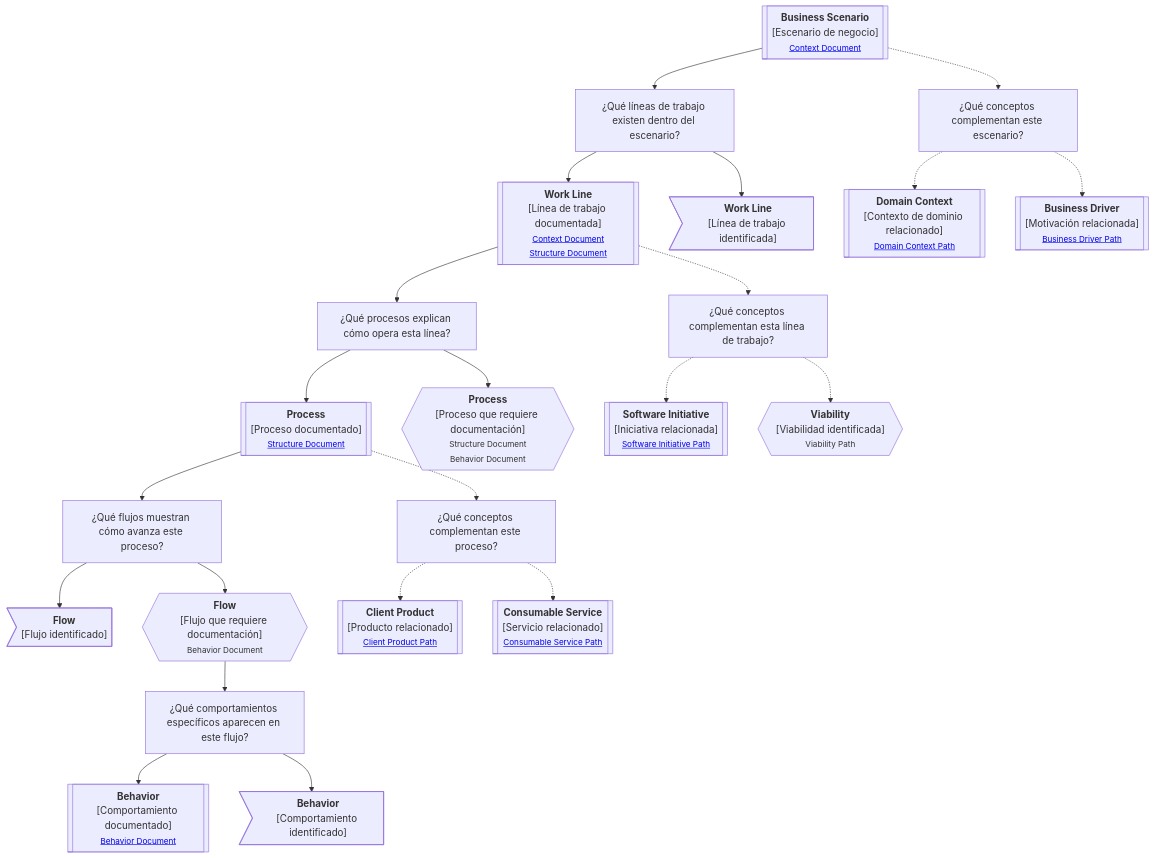
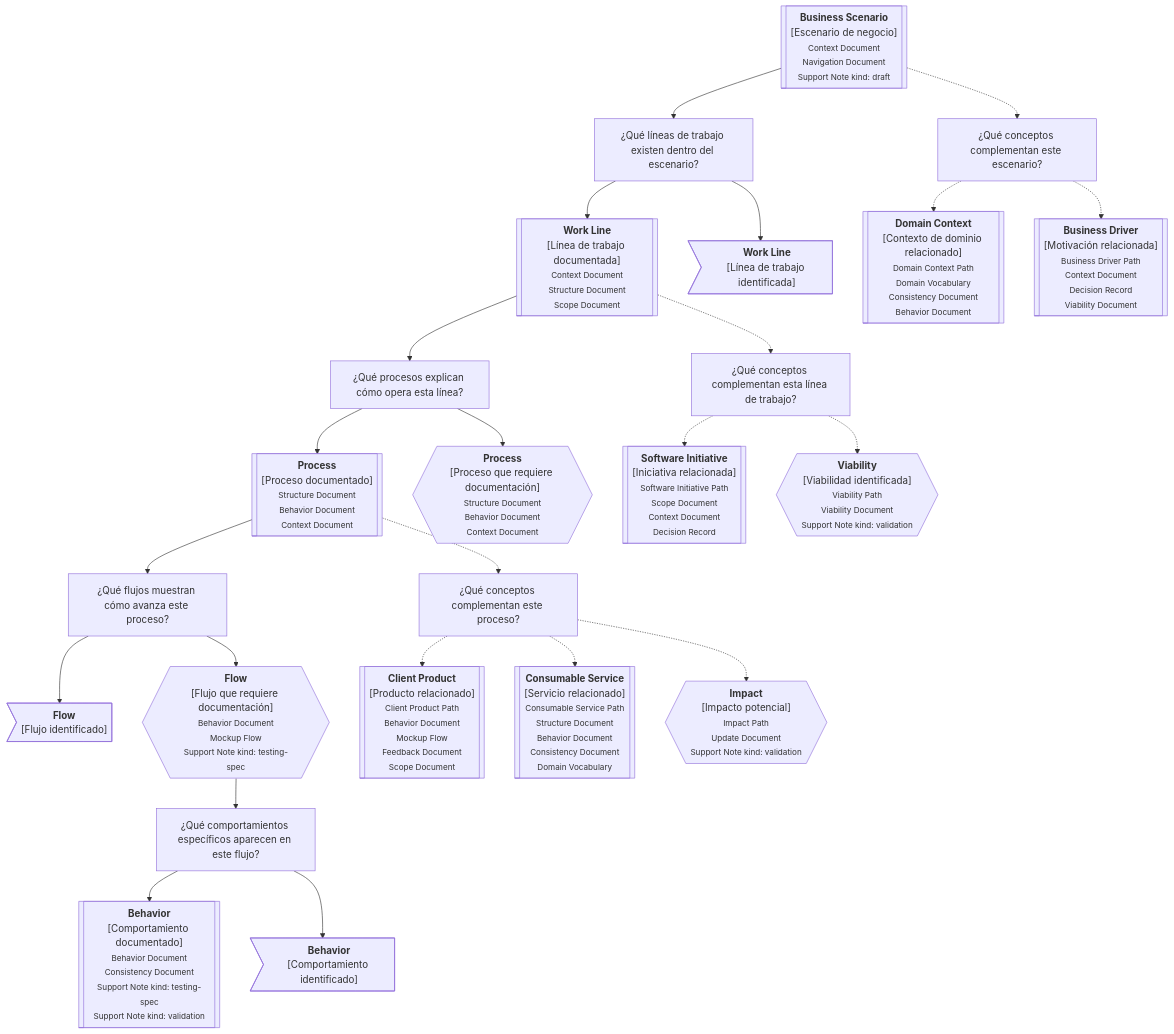
One commit to vslices/docs changed the diagram in docs/es/alive-lab/research/notes/docs-standard/artifacts/continuity-paths/core/business-scenario.md. Above: the diagram before and after it, drawn with Mermaid. The commit also changed 18 other files, not shown here.

````diff
--- a/docs/es/alive-lab/research/notes/docs-standard/artifacts/continuity-paths/core/business-scenario.md
+++ b/docs/es/alive-lab/research/notes/docs-standard/artifacts/continuity-paths/core/business-scenario.md
@@ -35,61 +35,62 @@
 ```mermaid
 flowchart TD
-    CR[["<b>Business Scenario</b><br/>[Escenario de negocio]<br/><small><a href='link'>Context Document</a></small>"]]
+    CR[["<b>Business Scenario</b><br/>[Escenario de negocio]<br/><small>Context Document<br/>Navigation Document<br/>Support Note kind: draft</small>"]]
 
     P1["¿Qué líneas de trabajo existen dentro del escenario?"]
     P2["¿Qué conceptos complementan este escenario?"]
 
     CR --> P1
     CR -.-> P2
 
-    WL1[["<b>Work Line</b><br/>[Línea de trabajo documentada]<br/><small><a href='link'>Context Document</a><br/><a href='link'>Structure Document</a></small>"]]
+    WL1[["<b>Work Line</b><br/>[Línea de trabajo documentada]<br/><small>Context Document<br/>Structure Document<br/>Scope Document</small>"]]
     WL2>"<b>Work Line</b><br/>[Línea de trabajo identificada]"]
 
     P1 --> WL1 & WL2
 
-    CO1[["<b>Domain Context</b><br/>[Contexto de dominio relacionado]<br/><small><a href='link'>Domain Context Path</a></small>"]]
-    CO2[["<b>Business Driver</b><br/>[Motivación relacionada]<br/><small><a href='link'>Business Driver Path</a></small>"]]
+    CO1[["<b>Domain Context</b><br/>[Contexto de dominio relacionado]<br/><small>Domain Context Path<br/>Domain Vocabulary<br/>Consistency Document<br/>Behavior Document</small>"]]
+    CO2[["<b>Business Driver</b><br/>[Motivación relacionada]<br/><small>Business Driver Path<br/>Context Document<br/>Decision Record<br/>Viability Document</small>"]]
 
     P2 -.-> CO1 & CO2
 
     P3["¿Qué procesos explican cómo opera esta línea?"]
     P4["¿Qué conceptos complementan esta línea de trabajo?"]
 
     WL1 --> P3
     WL1 -.-> P4
 
-    PR1[["<b>Process</b><br/>[Proceso documentado]<br/><small><a href='link'>Structure Document</a></small>"]]
-    PR2{{"<b>Process</b><br/>[Proceso que requiere documentación]<br/><small>Structure Document<br/>Behavior Document</small>"}}
+    PR1[["<b>Process</b><br/>[Proceso documentado]<br/><small>Structure Document<br/>Behavior Document<br/>Context Document</small>"]]
+    PR2{{"<b>Process</b><br/>[Proceso que requiere documentación]<br/><small>Structure Document<br/>Behavior Document<br/>Context Document</small>"}}
 
     P3 --> PR1 & PR2
 
-    SI1[["<b>Software Initiative</b><br/>[Iniciativa relacionada]<br/><small><a href='link'>Software Initiative Path</a></small>"]]
-    VI1{{"<b>Viability</b><br/>[Viabilidad identificada]<br/><small>Viability Path</small>"}}
+    SI1[["<b>Software Initiative</b><br/>[Iniciativa relacionada]<br/><small>Software Initiative Path<br/>Scope Document<br/>Context Document<br/>Decision Record</small>"]]
+    VI1{{"<b>Viability</b><br/>[Viabilidad identificada]<br/><small>Viability Path<br/>Viability Document<br/>Support Note kind: validation</small>"}}
 
     P4 -.-> SI1 & VI1
 
     P5["¿Qué flujos muestran cómo avanza este proceso?"]
     P6["¿Qué conceptos complementan este proceso?"]
 
     PR1 --> P5
     PR1 -.-> P6
 
     FL1>"<b>Flow</b><br/>[Flujo identificado]"]
-    FL2{{"<b>Flow</b><br/>[Flujo que requiere documentación]<br/><small>Behavior Document</small>"}}
+    FL2{{"<b>Flow</b><br/>[Flujo que requiere documentación]<br/><small>Behavior Document<br/>Mockup Flow<br/>Support Note kind: testing-spec</small>"}}
 
     P5 --> FL1 & FL2
 
-    CP1[["<b>Client Product</b><br/>[Producto relacionado]<br/><small><a href='link'>Client Product Path</a></small>"]]
-    CS1[["<b>Consumable Service</b><br/>[Servicio relacionado]<br/><small><a href='link'>Consumable Service Path</a></small>"]]
+    CP1[["<b>Client Product</b><br/>[Producto relacionado]<br/><small>Client Product Path<br/>Behavior Document<br/>Mockup Flow<br/>Feedback Document<br/>Scope Document</small>"]]
+    CS1[["<b>Consumable Service</b><br/>[Servicio relacionado]<br/><small>Consumable Service Path<br/>Structure Document<br/>Behavior Document<br/>Consistency Document<br/>Domain Vocabulary</small>"]]
+    IMP1{{"<b>Impact</b><br/>[Impacto potencial]<br/><small>Impact Path<br/>Update Document<br/>Support Note kind: validation</small>"}}
 
-    P6 -.-> CP1 & CS1
+    P6 -.-> CP1 & CS1 & IMP1
 
     P7["¿Qué comportamientos específicos aparecen en este flujo?"]
 
     FL2 --> P7
 
-    BH1[["<b>Behavior</b><br/>[Comportamiento documentado]<br/><small><a href='link'>Behavior Document</a></small>"]]
+    BH1[["<b>Behavior</b><br/>[Comportamiento documentado]<br/><small>Behavior Document<br/>Consistency Document<br/>Support Note kind: testing-spec<br/>Support Note kind: validation</small>"]]
     BH2>"<b>Behavior</b><br/>[Comportamiento identificado]"]
 
     P7 --> BH1 & BH2
 ```
````
